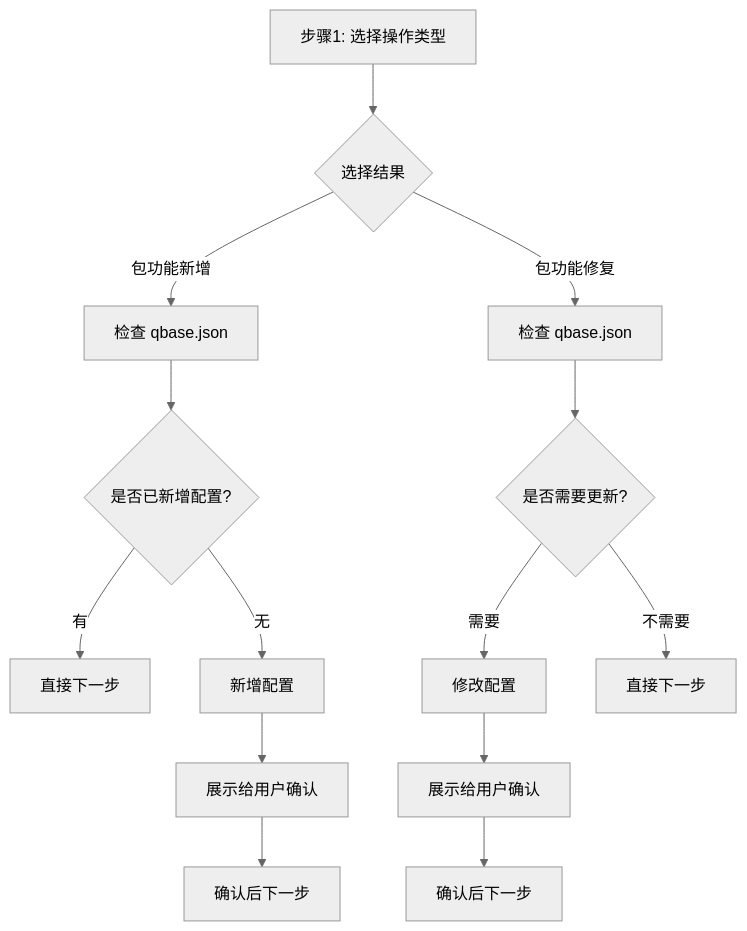
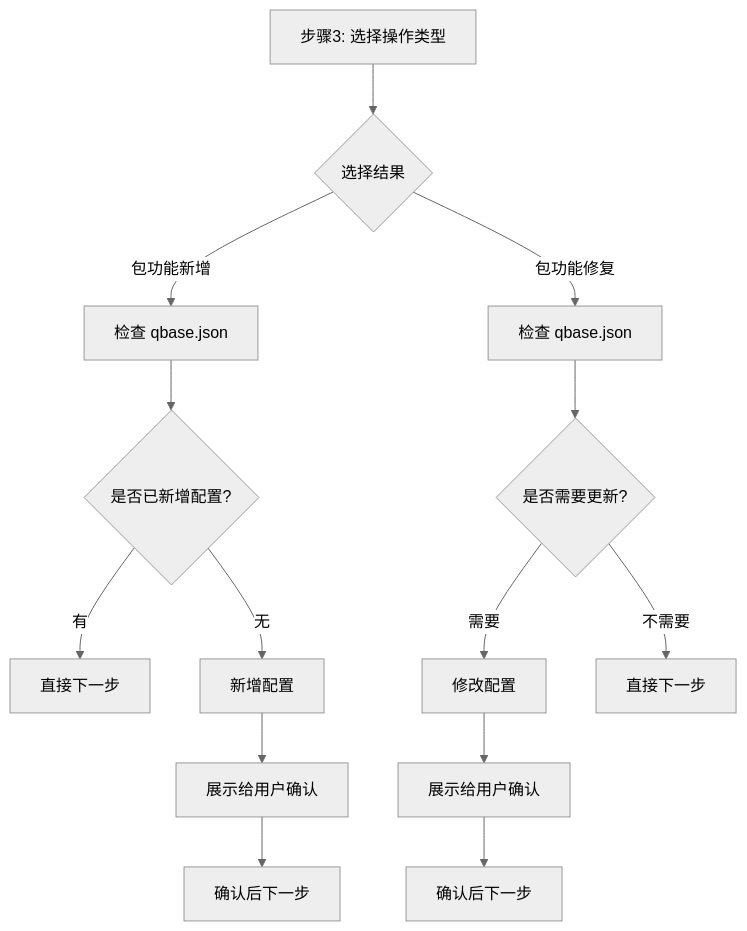
One commit to dvlproad/AI-qskills changed the second of 2 diagrams in script-to-qbase/SKILL.md. Above: the diagram before and after it, drawn with Mermaid (neutral theme). The commit also changed other lines of this file and 1 other file, not shown here.

````diff
--- a/script-to-qbase/SKILL.md
+++ b/script-to-qbase/SKILL.md
@@ -61,19 +137,19 @@
 ```mermaid
 graph TD
-    A[步骤1: 选择操作类型] --> B{选择结果}
+    A[步骤3: 选择操作类型] --> B{选择结果}
     
     B -->|包功能新增| C[检查 qbase.json]
     B -->|包功能修复| D[检查 qbase.json]
     
     C --> E{是否已新增配置?}
     E -->|有| F[直接下一步]
     E -->|无| G[新增配置]
     G --> H[展示给用户确认]
     H --> I[确认后下一步]
     
     D --> J{是否需要更新?}
     J -->|需要| K[修改配置]
     K --> L[展示给用户确认]
     L --> M[确认后下一步]
     J -->|不需要| N[直接下一步]
 ```
````
